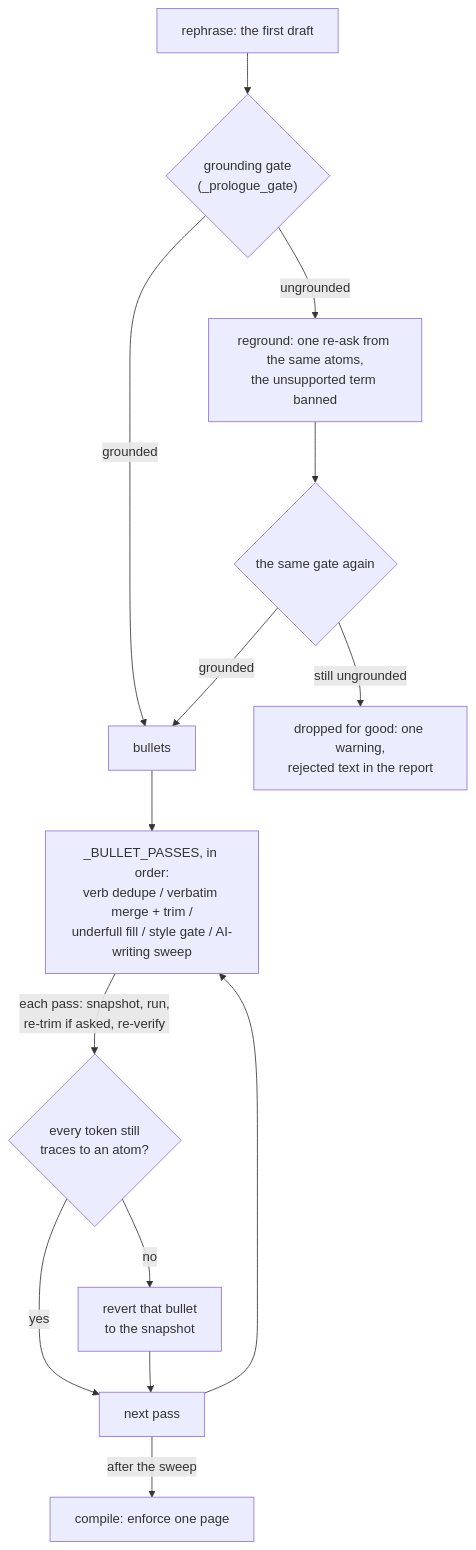
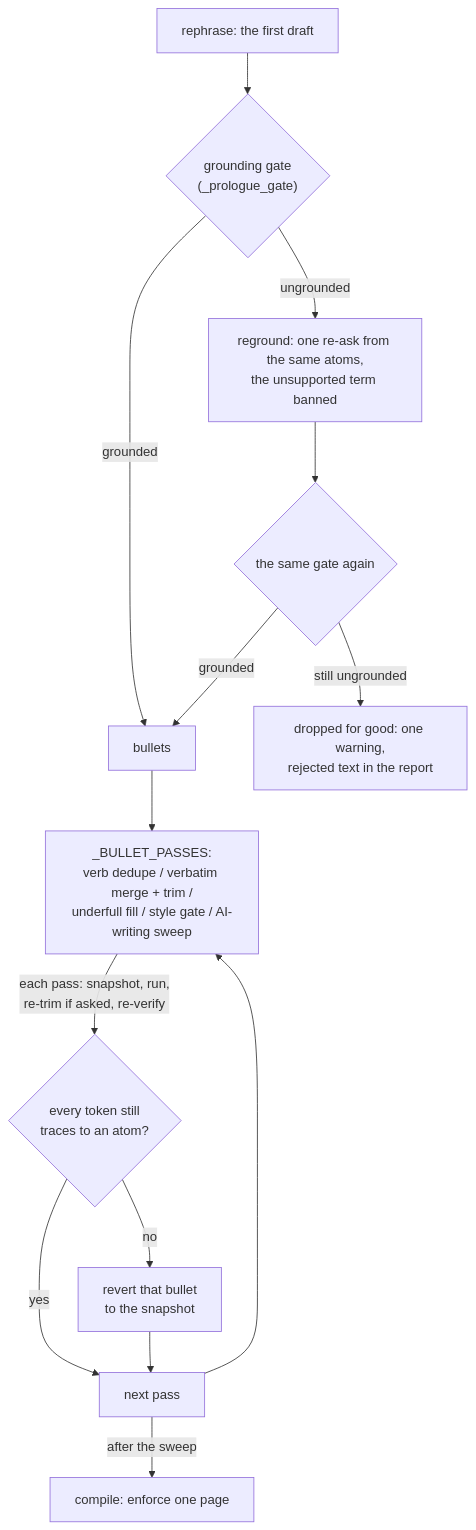
The first of 2 diagrams in docs/ARCHITECTURE.md (yib7/INployed), drawn with Mermaid before and after one commit. The commit also changed other lines of this file, not shown here.

Commit message:
docs(architecture): Jev scoring, jev_switch, park and resume, the difficulty check, the profile lock, the Jev tailor steps, the removed Claude auto-apply, the prune and the spend cap

````diff
--- a/docs/ARCHITECTURE.md
+++ b/docs/ARCHITECTURE.md
@@ -477,14 +576,16 @@
 ```mermaid
 flowchart TD
     R["rephrase: the first draft"] --> G{"grounding gate<br/>(_prologue_gate)"}
     G -->|grounded| B["bullets"]
-    G -->|ungrounded| RA["reground: one re-ask from the same atoms,<br/>the unsupported term banned"] --> G2{"the same gate again"}
+    G -->|ungrounded| RA["reground: one re-ask from the same atoms,<br/>the unsupported term banned"]
+    RA --> G2{"the same gate again"}
     G2 -->|grounded| B
     G2 -->|still ungrounded| D["dropped for good: one warning,<br/>rejected text in the report"]
-    B --> P["_BULLET_PASSES, in order:<br/>verb dedupe / verbatim merge + trim /<br/>underfull fill / style gate / AI-writing sweep"]
+    P["_BULLET_PASSES:<br/>verb dedupe / verbatim merge + trim /<br/>underfull fill / style gate / AI-writing sweep"]
+    B --> P
     P -->|"each pass: snapshot, run,<br/>re-trim if asked, re-verify"| K{"every token still<br/>traces to an atom?"}
     K -->|yes| N["next pass"]
     K -->|no| RV["revert that bullet<br/>to the snapshot"] --> N
     N --> P
     N -->|after the sweep| C["compile: enforce one page"]
 ```
````
